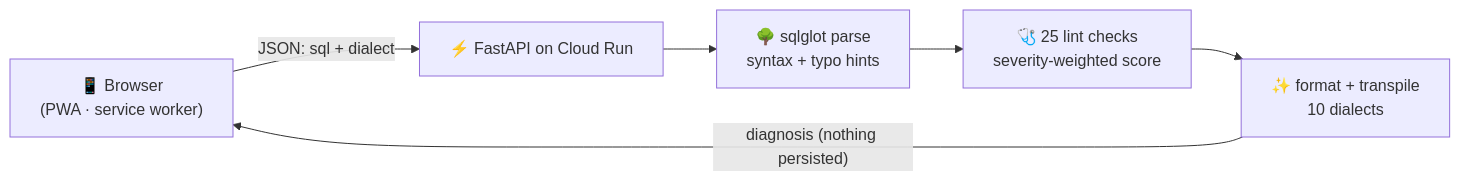
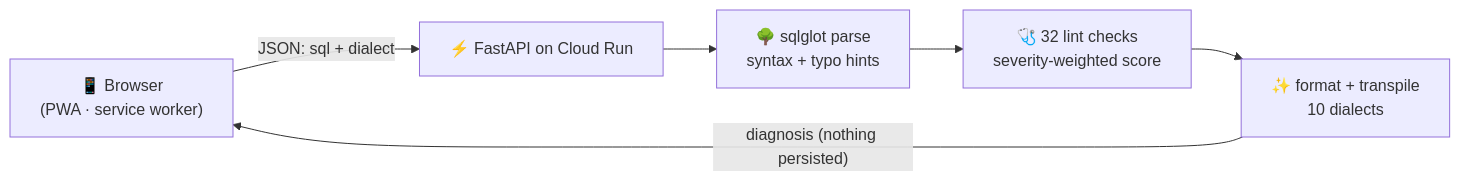
One commit to ARAVINDHRAJA123/querydoctor changed the diagram in README.md. Above: the diagram before and after it, drawn with Mermaid. The commit also changed other lines of this file and 3 other files, not shown here.

````diff
--- a/README.md
+++ b/README.md
@@ -115,8 +123,8 @@
 ```mermaid
 flowchart LR
     A["📱 Browser<br/>(PWA · service worker)"] -- "JSON: sql + dialect" --> B["⚡ FastAPI on Cloud Run"]
     B --> C["🌳 sqlglot parse<br/>syntax + typo hints"]
-    C --> D["🩺 25 lint checks<br/>severity-weighted score"]
+    C --> D["🩺 32 lint checks<br/>severity-weighted score"]
     D --> E["✨ format + transpile<br/>10 dialects"]
     E -- "diagnosis (nothing persisted)" --> A
 ```
````
